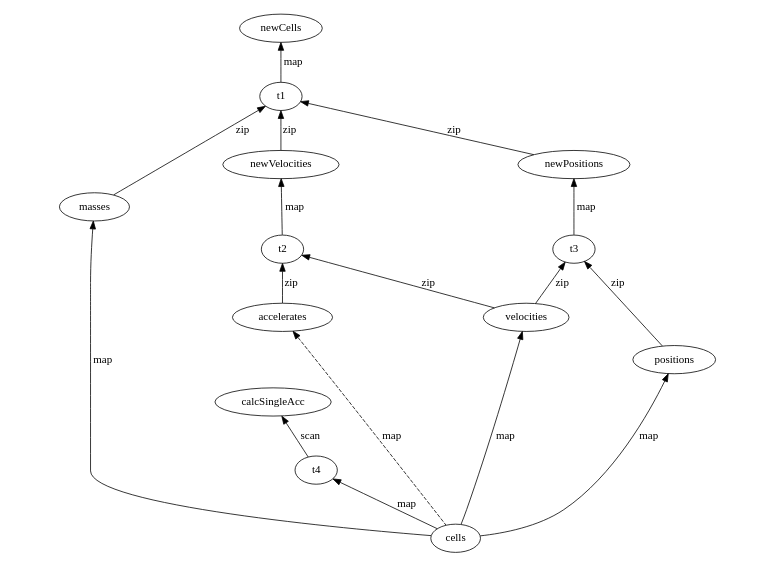
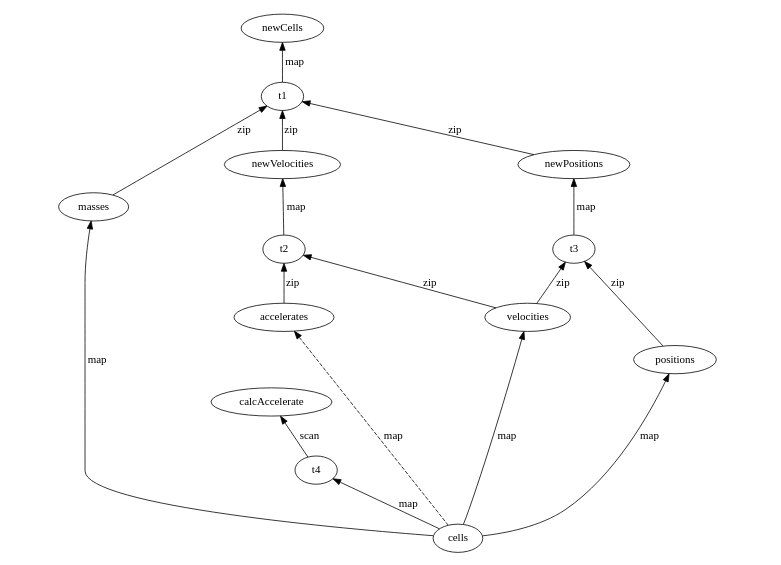
Before and after one commit to pysuxing/master-thesis: the diagram in figures/n-body-stream-new.dot, drawn with Graphviz. The commit also changed 2 other files, not shown here.

```diff
--- a/figures/n-body-stream-new.dot
+++ b/figures/n-body-stream-new.dot
@@ -1,38 +1,38 @@
 digraph G {
 	size="7, 5";
 	ratio="fill";
 	
         newCells;
         masses;
         newVelocities;
         newPositions;
         velocities;
         positions;
         accelerates;
-        calcSingleAcc;
+        calcAccelerate;
         cells;
         t1;
         t2;
         t3;
         t4;
 
         edge[dir=back];
 
         newCells -> t1[label="map"];
         t1 -> masses[label="zip"];
         t1 -> newVelocities[label="zip"];
         t1 -> newPositions[label="zip"];
         masses -> cells[label="map"];
         newVelocities ->  t2[label="map"];
         t2 -> velocities[label="zip"];
         t2 -> accelerates[label="zip"];
         newPositions -> t3[label="map"];
         t3 -> velocities[label="zip"];
         t3 -> positions[label="zip"];
         velocities -> cells[label="map"];
         positions -> cells[label="map"];
         accelerates -> cells[label="map", style=dashed];
-        accelerates -> calcSingleAcc[style=dashed, color=transparent];
-        calcSingleAcc -> t4[label="scan"];
+        accelerates -> calcAccelerate[style=dashed, color=transparent];
+        calcAccelerate -> t4[label="scan"];
         t4 -> cells[label="map"];
 }
```
